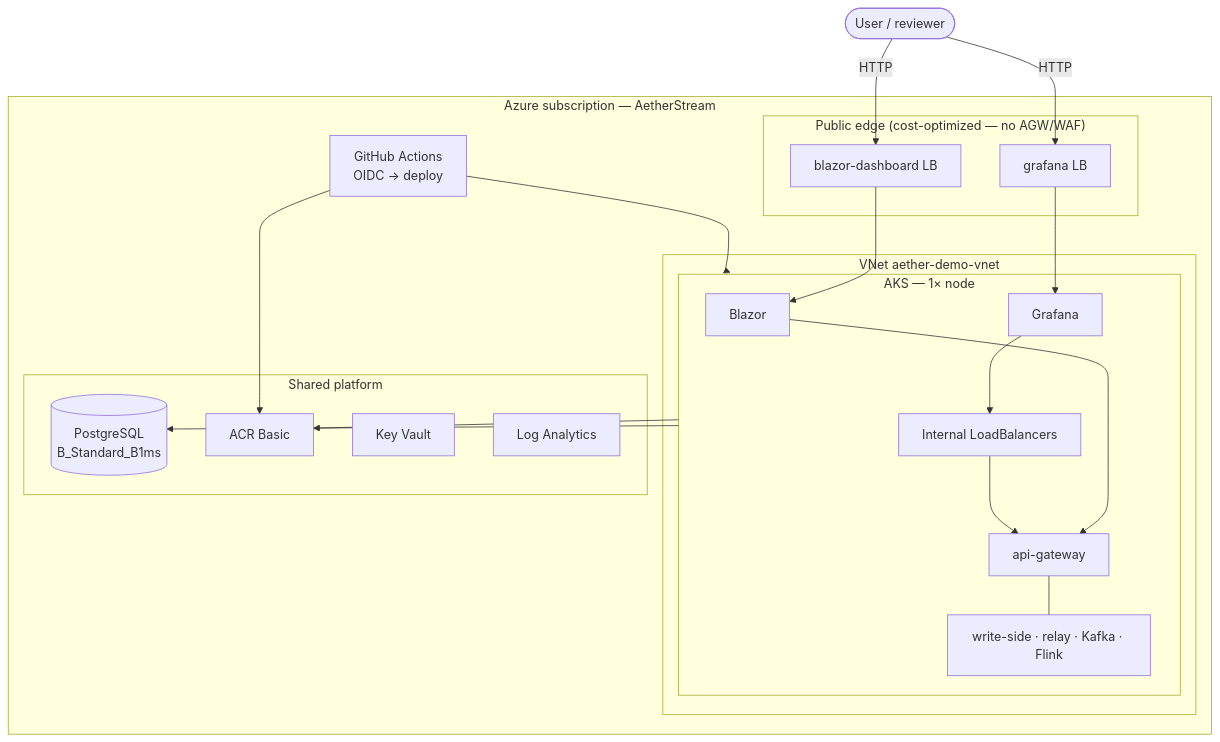
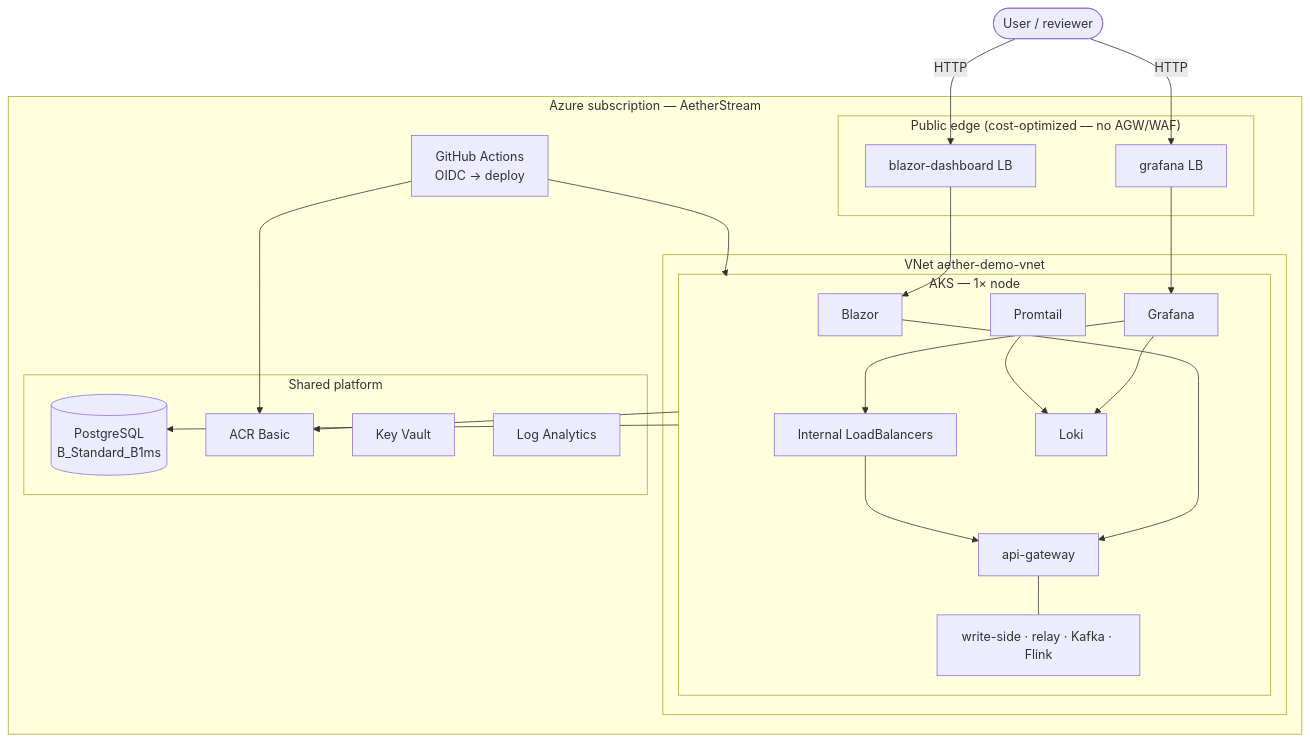
One commit to asaleh-lab/AetherStream changed the diagram in README.md. Above: the diagram before and after it, drawn with Mermaid. The commit also changed other lines of this file and 16 other files, not shown here.

First line of the commit message:
feat(infra): add Loki and Promtail to AKS for Grafana log parity

````diff
--- a/README.md
+++ b/README.md
@@ -194,43 +198,47 @@
 ```mermaid
 flowchart TB
   User([User / reviewer])
 
   subgraph Azure["Azure subscription — AetherStream"]
     subgraph Public["Public edge (cost-optimized — no AGW/WAF)"]
       BlazorLB["blazor-dashboard LB"]
       GrafanaLB["grafana LB"]
     end
 
     subgraph VNet["VNet aether-demo-vnet"]
       subgraph AKS["AKS — 1× node"]
         Blazor["Blazor"]
         Graf["Grafana"]
         ILB["Internal LoadBalancers"]
+        Loki["Loki"]
+        Promtail["Promtail"]
         GW["api-gateway"]
         Back["write-side · relay · Kafka · Flink"]
         Blazor --> GW
         Graf --> ILB
+        Graf --> Loki
+        Promtail --> Loki
         ILB --> GW
         GW --- Back
       end
     end
 
     subgraph Platform["Shared platform"]
       PG[("PostgreSQL<br/>B_Standard_B1ms")]
       ACR["ACR Basic"]
       KV["Key Vault"]
       LAW["Log Analytics"]
     end
 
     GH["GitHub Actions<br/>OIDC → deploy"]
   end
 
   User -->|HTTP| BlazorLB
   User -->|HTTP| GrafanaLB
   BlazorLB --> Blazor
   GrafanaLB --> Graf
   AKS --> PG
   AKS --> ACR
   GH --> ACR
   GH --> AKS
 ```
````
